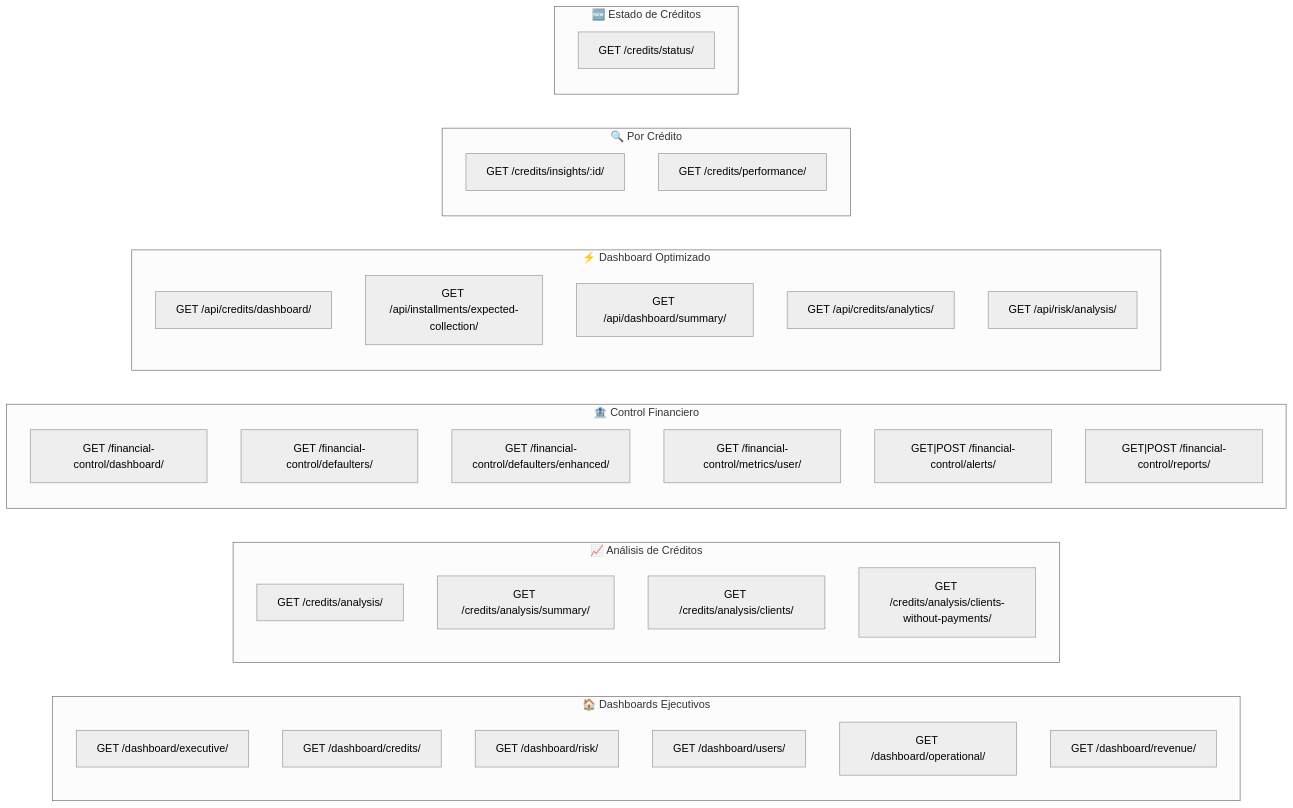
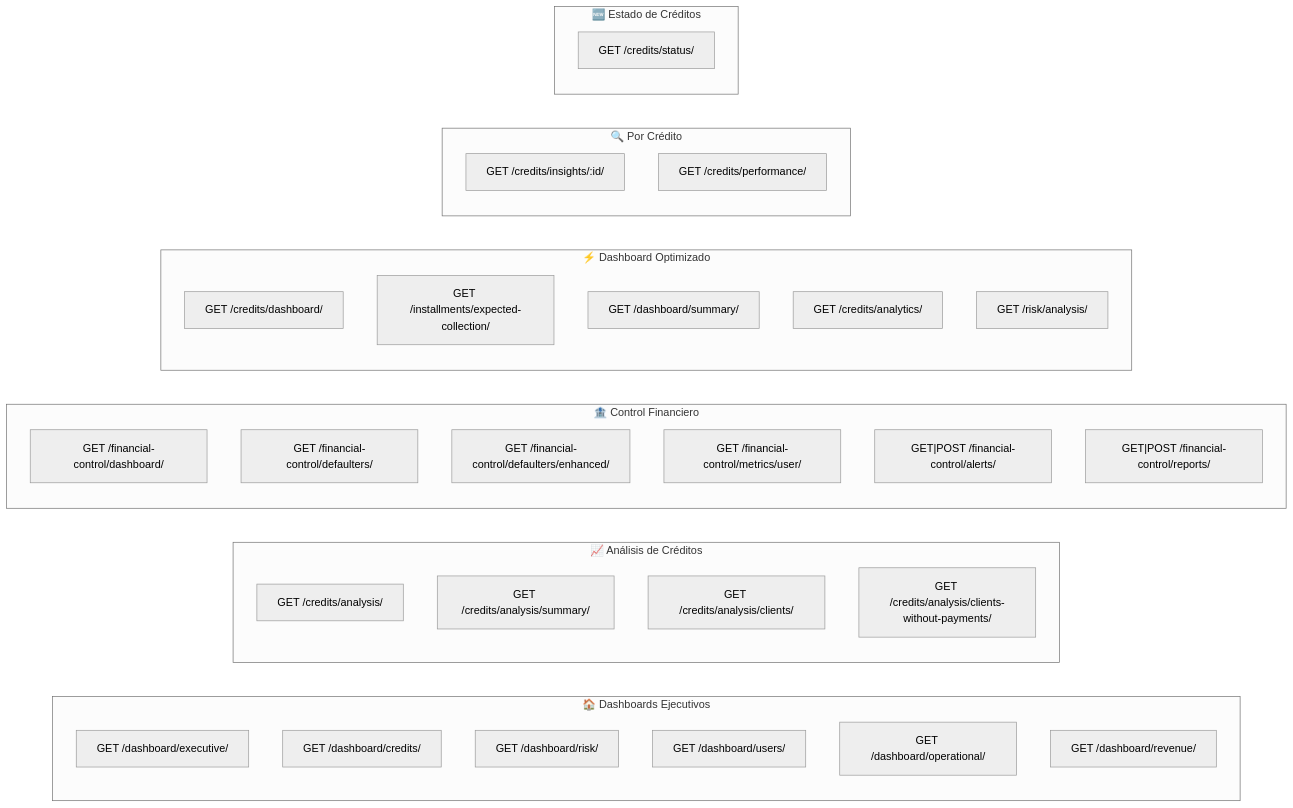
The diagram in apps/insights/docs/frontend_integration_guide.md (Jose-dg/diem.finance), drawn with Mermaid (neutral theme) before and after one commit. The commit also changed other lines of this file and 10 other files, not shown here.

````diff
--- a/apps/insights/docs/frontend_integration_guide.md
+++ b/apps/insights/docs/frontend_integration_guide.md
@@ -80,44 +80,44 @@
 ```mermaid
 graph LR
     subgraph Dashboards["🏠 Dashboards Ejecutivos"]
         E1["GET /dashboard/executive/"]
         E2["GET /dashboard/credits/"]
         E3["GET /dashboard/risk/"]
         E4["GET /dashboard/users/"]
         E5["GET /dashboard/operational/"]
         E6["GET /dashboard/revenue/"]
     end
 
     subgraph Analysis["📈 Análisis de Créditos"]
         A1["GET /credits/analysis/"]
         A2["GET /credits/analysis/summary/"]
         A3["GET /credits/analysis/clients/"]
         A4["GET /credits/analysis/clients-without-payments/"]
     end
 
     subgraph Financial["🏦 Control Financiero"]
         F1["GET /financial-control/dashboard/"]
         F2["GET /financial-control/defaulters/"]
         F3["GET /financial-control/defaulters/enhanced/"]
         F4["GET /financial-control/metrics/user/"]
         F5["GET|POST /financial-control/alerts/"]
         F6["GET|POST /financial-control/reports/"]
     end
 
     subgraph API["⚡ Dashboard Optimizado"]
-        D1["GET /api/credits/dashboard/"]
-        D2["GET /api/installments/expected-collection/"]
-        D3["GET /api/dashboard/summary/"]
-        D4["GET /api/credits/analytics/"]
-        D5["GET /api/risk/analysis/"]
+        D1["GET /credits/dashboard/"]
+        D2["GET /installments/expected-collection/"]
+        D3["GET /dashboard/summary/"]
+        D4["GET /credits/analytics/"]
+        D5["GET /risk/analysis/"]
     end
 
     subgraph Credit["🔍 Por Crédito"]
         C1["GET /credits/insights/:id/"]
         C2["GET /credits/performance/"]
     end
 
     subgraph Status["🆕 Estado de Créditos"]
         S1["GET /credits/status/"]
     end
 ```
````
